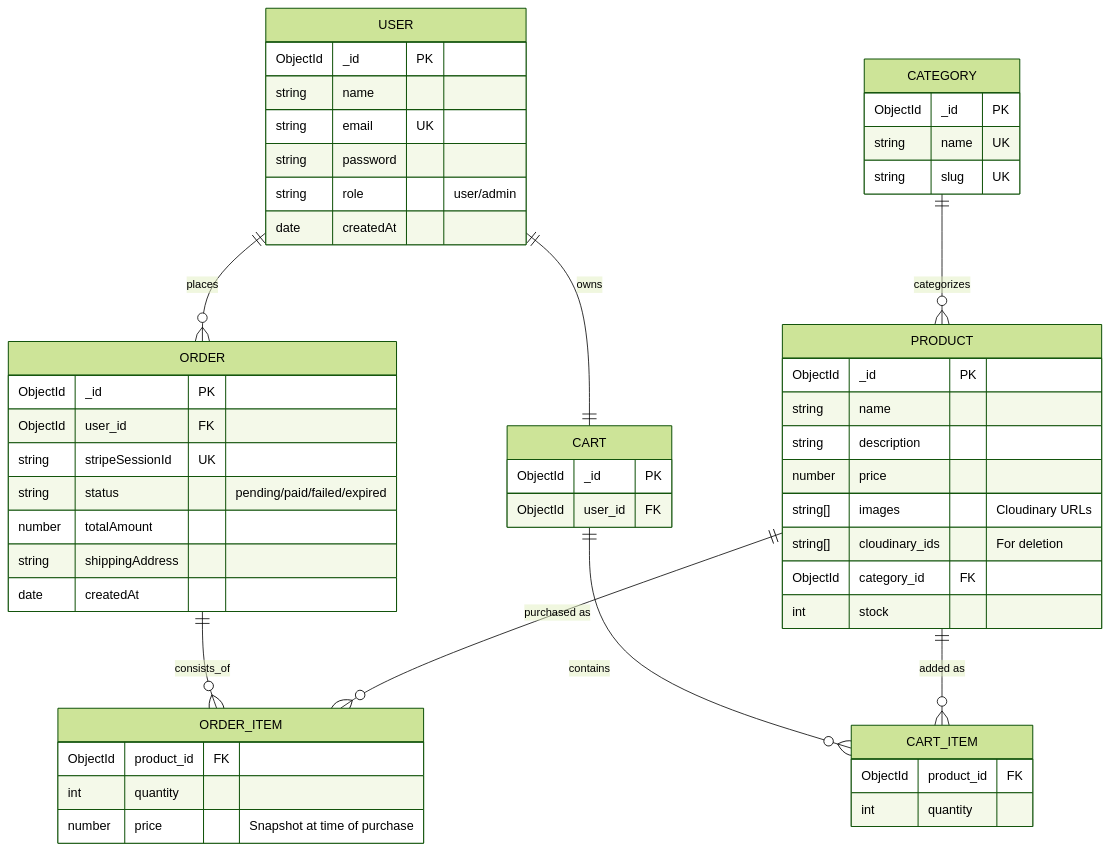
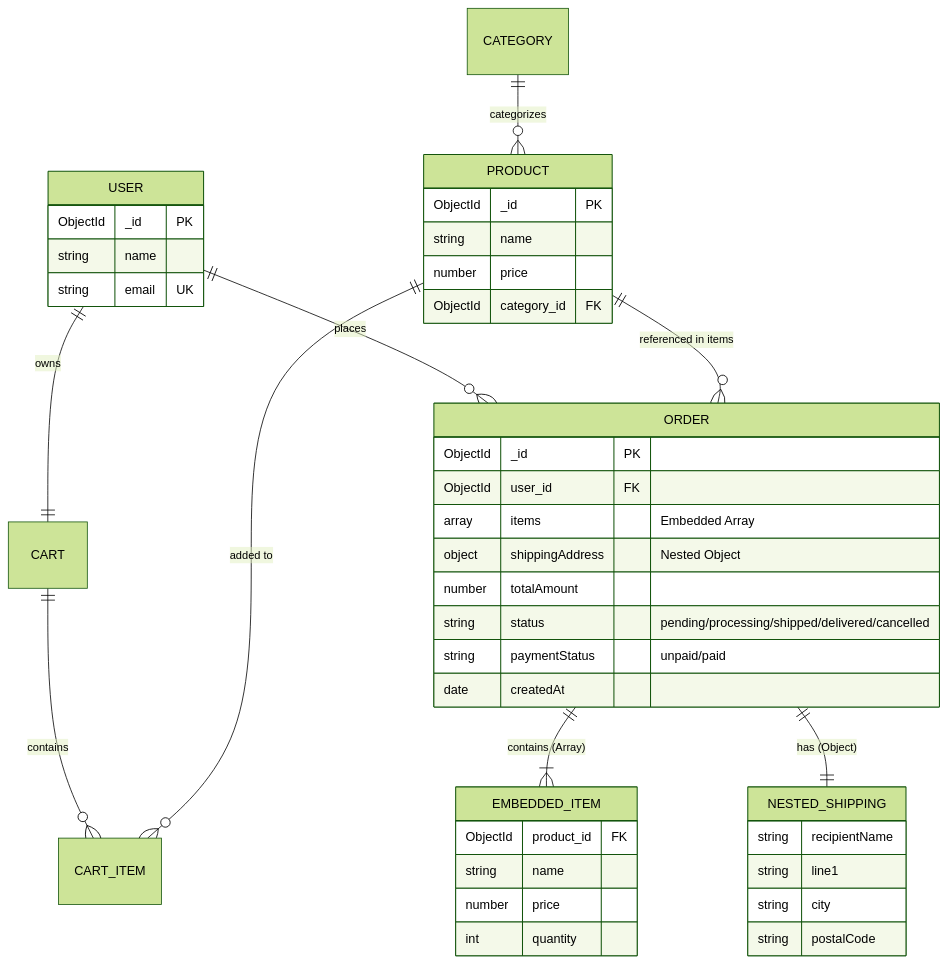
The diagram in README.md (ghulam-kellton/ghulam-ecommerce-nodejs), drawn with Mermaid (forest theme) before and after one commit. The commit also changed other lines of this file, not shown here.

Commit message:
Update ER diagram in README

````diff
--- a/README.md
+++ b/README.md
@@ -21,62 +21,52 @@
 ```mermaid
 erDiagram
     USER ||--o{ ORDER : places
     USER ||--|| CART : owns
     CATEGORY ||--o{ PRODUCT : categorizes
     CART ||--o{ CART_ITEM : contains
-    ORDER ||--o{ ORDER_ITEM : consists_of
-    PRODUCT ||--o{ CART_ITEM : "added as"
-    PRODUCT ||--o{ ORDER_ITEM : "purchased as"
+    PRODUCT ||--o{ CART_ITEM : "added to"
+
+    %% Note: Items are embedded in Order, but reference Product
+    PRODUCT ||--o{ ORDER : "referenced in items"
 
     USER {
         ObjectId _id PK
         string name
         string email UK
-        string password
-        string role "user/admin"
-        date createdAt
-    }
-
-    CATEGORY {
-        ObjectId _id PK
-        string name UK
-        string slug UK
     }
 
     PRODUCT {
         ObjectId _id PK
         string name
-        string description
         number price
-        string[] images "Cloudinary URLs"
-        string[] cloudinary_ids "For deletion"
         ObjectId category_id FK
-        int stock
-    }
-
-    CART {
-        ObjectId _id PK
-        ObjectId user_id FK
-    }
-
-    CART_ITEM {
-        ObjectId product_id FK
-        int quantity
     }
 
     ORDER {
         ObjectId _id PK
         ObjectId user_id FK
-        string stripeSessionId UK
-        string status "pending/paid/failed/expired"
+        array items "Embedded Array"
+        object shippingAddress "Nested Object"
         number totalAmount
-        string shippingAddress
+        string status "pending/processing/shipped/delivered/cancelled"
+        string paymentStatus "unpaid/paid"
         date createdAt
     }
 
-    ORDER_ITEM {
+    %% Detail of the embedded objects for clarity
+    ORDER ||--|{ EMBEDDED_ITEM : "contains (Array)"
+    EMBEDDED_ITEM {
         ObjectId product_id FK
+        string name
+        number price
         int quantity
-        number price "Snapshot at time of purchase"
+    }
+
+    ORDER ||--|| NESTED_SHIPPING : "has (Object)"
+    NESTED_SHIPPING {
+        string recipientName
+        string line1
+        string city
+        string postalCode
     }
 ```
````
